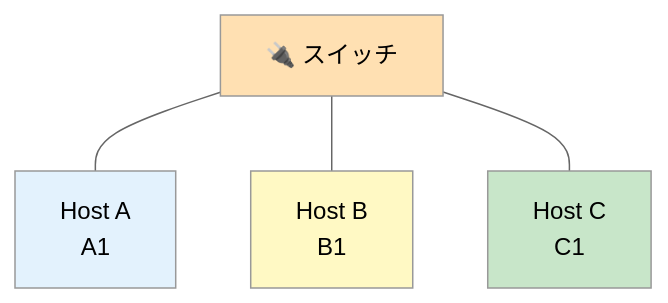
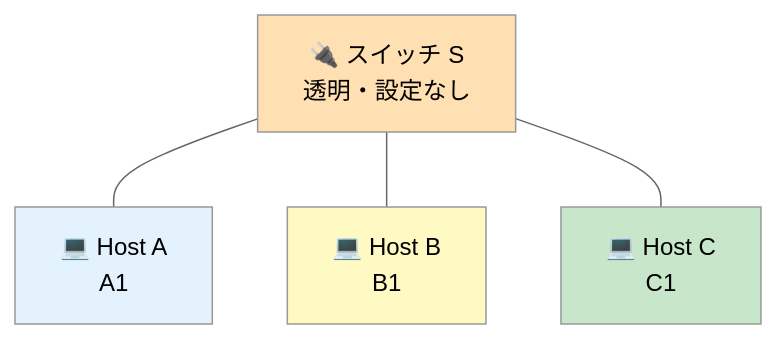
One commit to Tsunanko/netpractice-guide changed the diagram in docs/02-levels/level3.md. Above: the diagram before and after it, drawn with Mermaid (neutral theme). The commit also changed other lines of this file and 14 other files, not shown here.

First line of the commit message:
Add visual progress diagrams and elementary explanations

````diff
--- a/docs/02-levels/level3.md
+++ b/docs/02-levels/level3.md
@@ -30,15 +29,15 @@
 ```mermaid
 flowchart TD
-    S[🔌 スイッチ]
-    A[Host A<br>A1]
-    B[Host B<br>B1]
-    C[Host C<br>C1]
+    S[🔌 スイッチ S<br/>透明・設定なし]
+    A[💻 Host A<br>A1]
+    B[💻 Host B<br>B1]
+    C[💻 Host C<br>C1]
     S --- A
     S --- B
     S --- C
 
     style S fill:#FFE0B2
     style A fill:#E3F2FD
     style B fill:#FFF9C4
     style C fill:#C8E6C9
 ```
````
